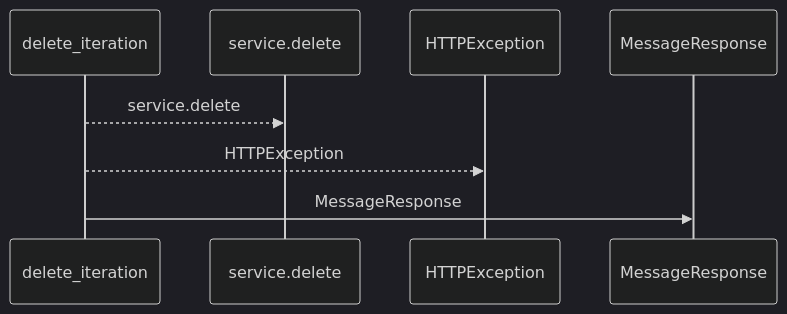
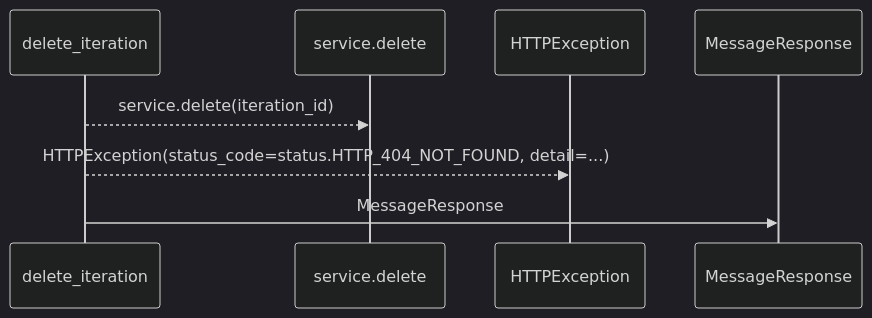
The first of 2 diagrams in docs/llm_wiki/flows/http-delete_iteration.md (Denissvgn/WorkChord), drawn with Mermaid (dark theme) before and after one commit. The commit also changed other lines of this file and 25171 other files, not shown here.

````diff
--- a/docs/llm_wiki/flows/http-delete_iteration.md
+++ b/docs/llm_wiki/flows/http-delete_iteration.md
@@ -10,10 +12,10 @@
 ```mermaid
 sequenceDiagram
     participant p0 as delete_iteration
     participant p1 as service.delete
     participant p2 as HTTPException
     participant p3 as MessageResponse
-    p0-->>p1: service.delete
-    p0-->>p2: HTTPException
+    p0-->>p1: service.delete(iteration_id)
+    p0-->>p2: HTTPException(status_code=status.HTTP_404_NOT_FOUND, detail=...)
     p0->>p3: MessageResponse
 ```
````
